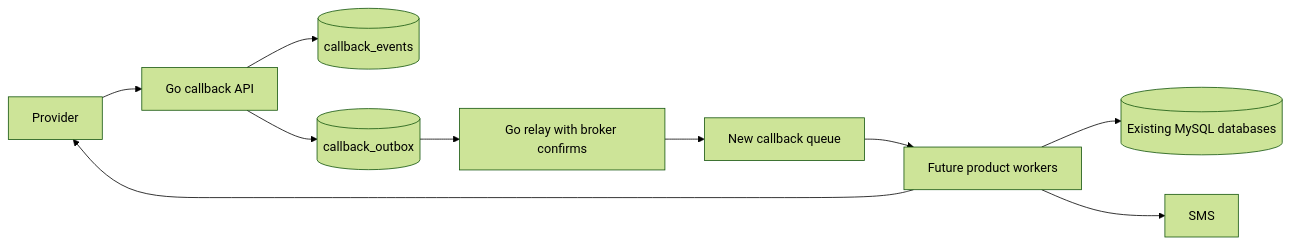
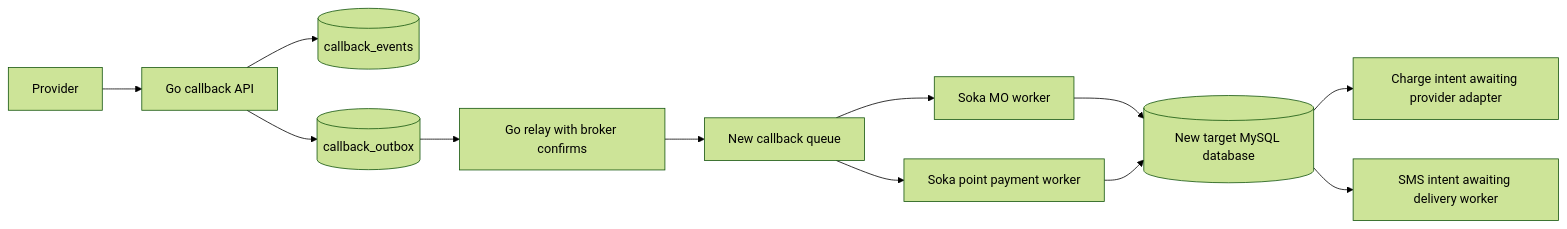
One commit to EMA-GREEN/YAS-SOKA-ISHIKISTAA-MEGAPROMO changed the second of 2 diagrams in docs/architecture.md. Above: the diagram before and after it, drawn with Mermaid (forest theme). The commit also changed other lines of this file and 14 other files, not shown here.

````diff
--- a/docs/architecture.md
+++ b/docs/architecture.md
@@ -23,12 +23,14 @@
 ```mermaid
 flowchart LR
   Provider --> GoAPI[Go callback API]
   GoAPI --> Inbox[(callback_events)]
   GoAPI --> Outbox[(callback_outbox)]
   Outbox --> Relay[Go relay with broker confirms]
   Relay --> NewQueue[New callback queue]
-  NewQueue --> ProductWorkers[Future product workers]
-  ProductWorkers --> LegacyDB[(Existing MySQL databases)]
-  ProductWorkers --> Provider
-  ProductWorkers --> SMS
+  NewQueue --> SokaMO[Soka MO worker]
+  NewQueue --> SokaPayment[Soka point payment worker]
+  SokaMO --> TargetDB[(New target MySQL database)]
+  SokaPayment --> TargetDB
+  TargetDB --> ChargeIntent[Charge intent awaiting provider adapter]
+  TargetDB --> SMSIntent[SMS intent awaiting delivery worker]
 ```
````
